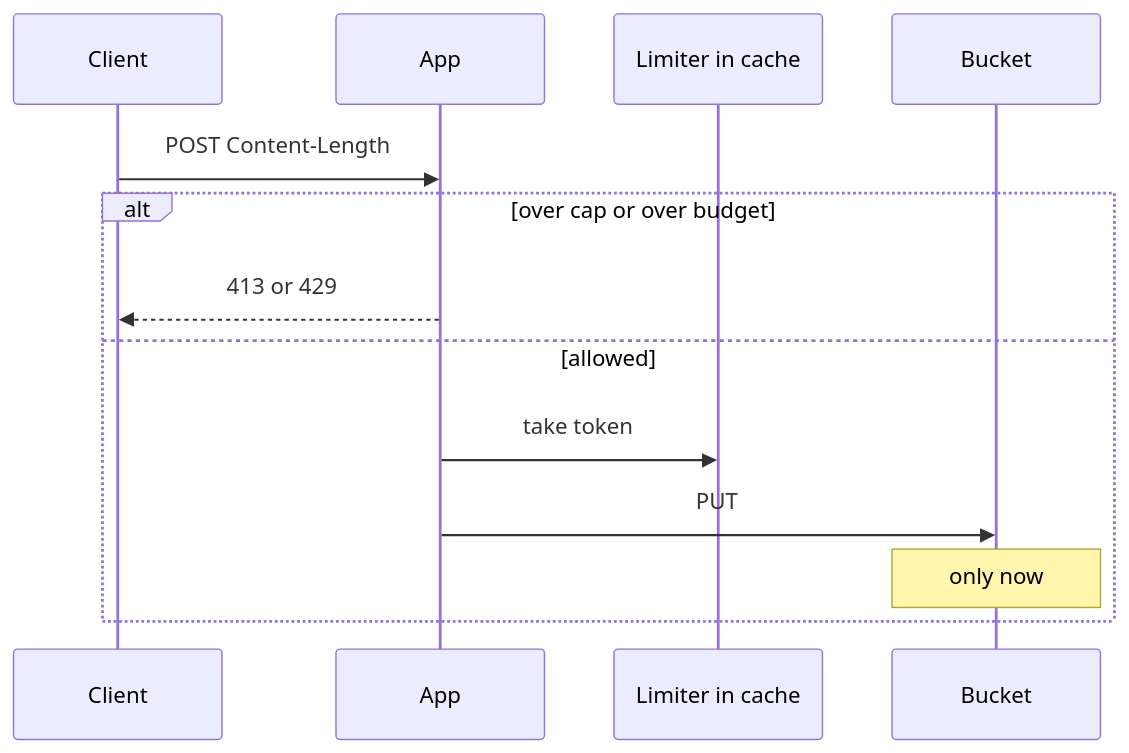
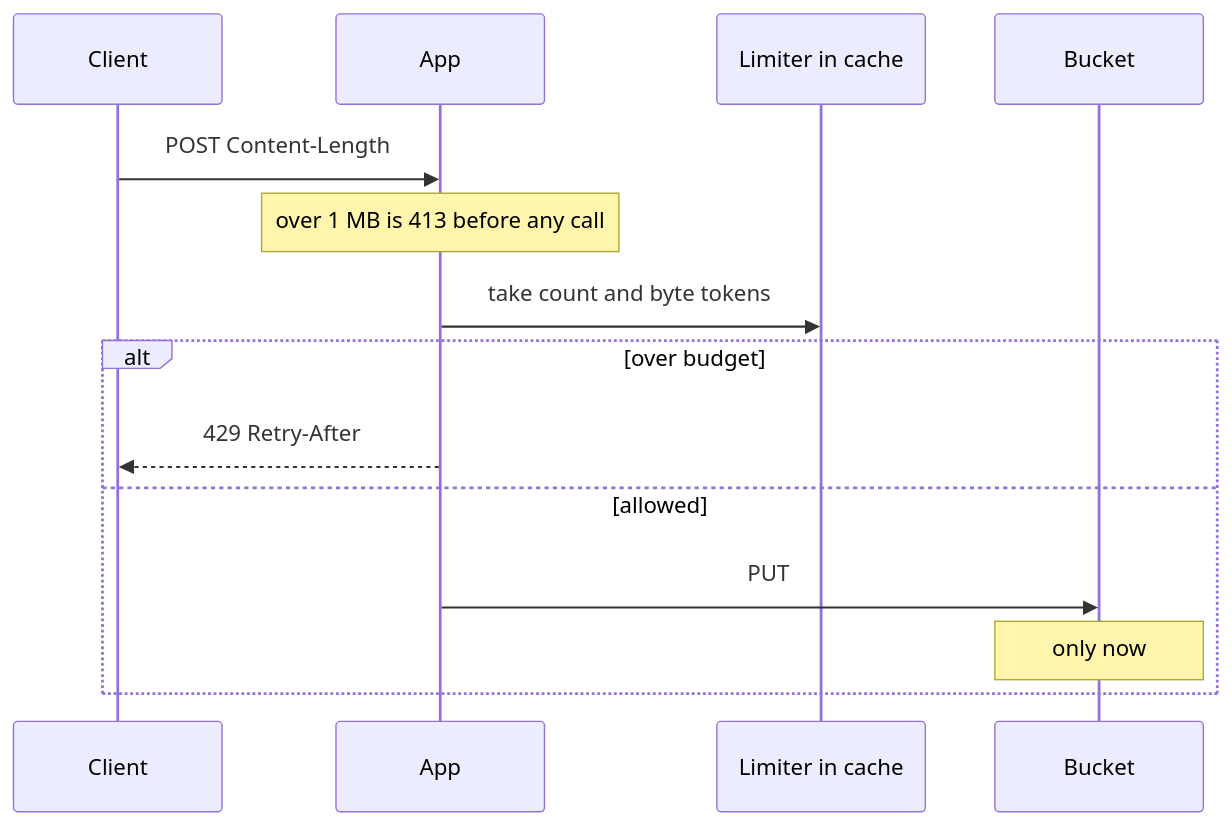
One commit to arunveersingh/faang-system-design-90-days changed the first of 2 diagrams in days/17-rate-limits-and-abuse.md. Above: the diagram before and after it, drawn with Mermaid. The commit also changed other lines of this file, not shown here.

````diff
--- a/days/17-rate-limits-and-abuse.md
+++ b/days/17-rate-limits-and-abuse.md
@@ -106,15 +122,16 @@
 ```mermaid
 sequenceDiagram
   participant C as Client
   participant A as App
   participant L as Limiter in cache
   participant O as Bucket
   C->>A: POST Content-Length
-  alt over cap or over budget
-    A-->>C: 413 or 429
+  Note over A: over 1 MB is 413 before any call
+  A->>L: take count and byte tokens
+  alt over budget
+    A-->>C: 429 Retry-After
   else allowed
-    A->>L: take token
     A->>O: PUT
     Note over O: only now
   end
 ```
````
